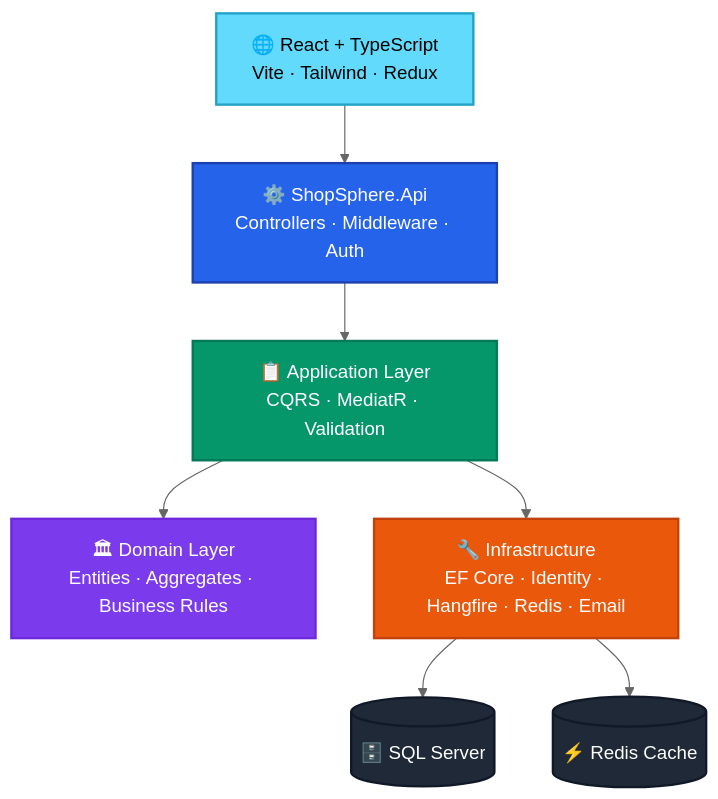
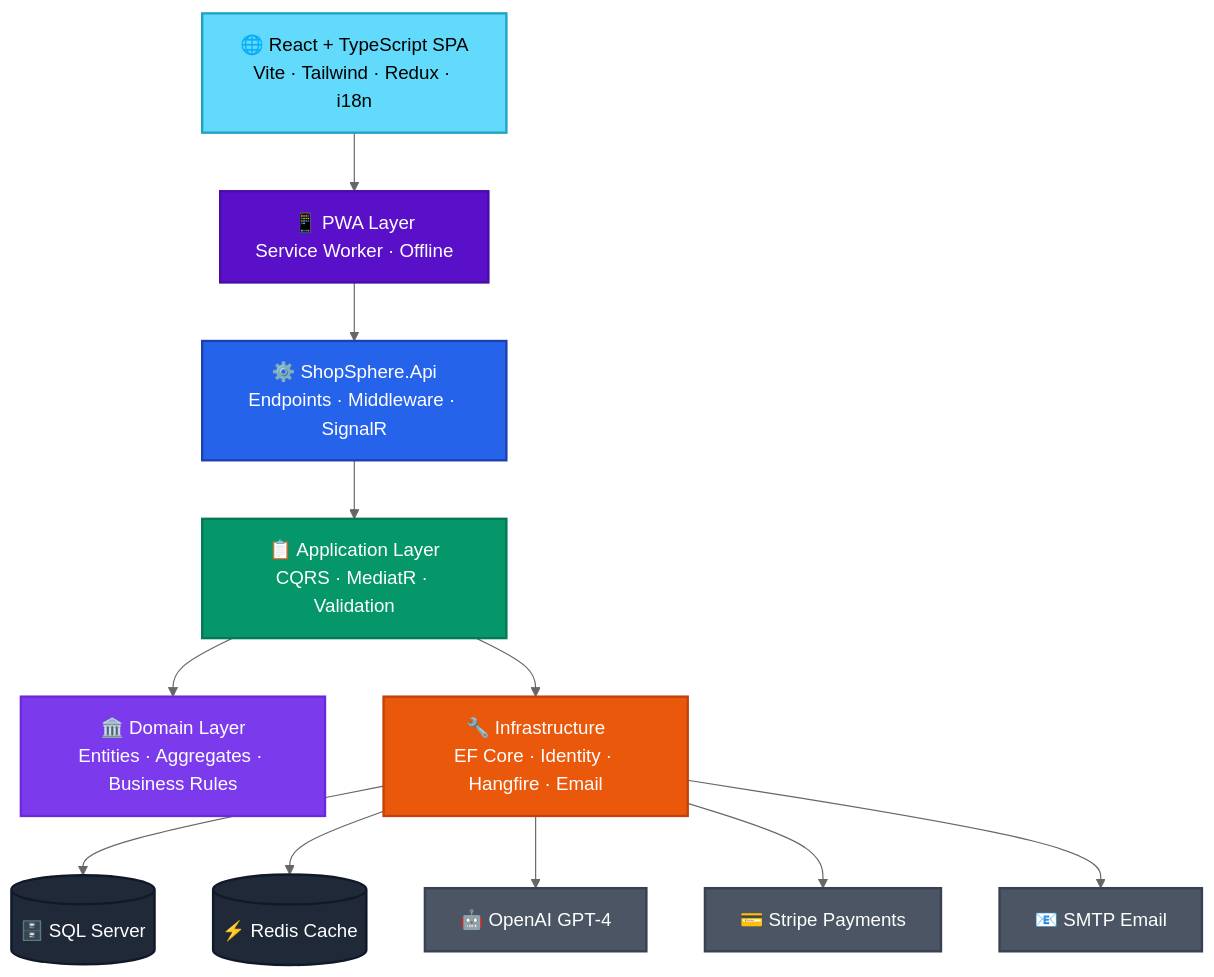
One commit to chintanchhapgar/ShopSphere changed the first of 2 diagrams in README.md. Above: the diagram before and after it, drawn with Mermaid (neutral theme). The commit also changed other lines of this file and 19 other files, not shown here.

````diff
--- a/README.md
+++ b/README.md
@@ -148,31 +190,43 @@
 ```mermaid
 flowchart TD
-    Client["🌐 React + TypeScript\nVite · Tailwind · Redux"]
-    API["⚙️ ShopSphere.Api\nControllers · Middleware · Auth"]
-    APP["📋 Application Layer\nCQRS · MediatR · Validation"]
-    DOMAIN["🏛 Domain Layer\nEntities · Aggregates · Business Rules"]
-    INFRA["🔧 Infrastructure\nEF Core · Identity · Hangfire · Redis · Email"]
+    Client["🌐 React + TypeScript SPA<br/>Vite · Tailwind · Redux · i18n"]
+    PWA["📱 PWA Layer<br/>Service Worker · Offline"]
+    API["⚙️ ShopSphere.Api<br/>Endpoints · Middleware · SignalR"]
+    APP["📋 Application Layer<br/>CQRS · MediatR · Validation"]
+    DOMAIN["🏛️ Domain Layer<br/>Entities · Aggregates · Business Rules"]
+    INFRA["🔧 Infrastructure<br/>EF Core · Identity · Hangfire · Email"]
     DB[("🗄️ SQL Server")]
     REDIS[("⚡ Redis Cache")]
+    OPENAI["🤖 OpenAI GPT-4"]
+    STRIPE["💳 Stripe Payments"]
+    EMAIL["📧 SMTP Email"]
 
-    Client --> API
+    Client --> PWA
+    PWA --> API
     API --> APP
     APP --> DOMAIN
     APP --> INFRA
     INFRA --> DB
     INFRA --> REDIS
+    INFRA --> OPENAI
+    INFRA --> STRIPE
+    INFRA --> EMAIL
 
     classDef frontend fill:#61DAFB,color:#000000,stroke:#21A1C4,stroke-width:2px
+    classDef pwa fill:#5A0FC8,color:#ffffff,stroke:#4A0CA8,stroke-width:2px
     classDef api fill:#2563EB,color:#ffffff,stroke:#1E40AF,stroke-width:2px
     classDef app fill:#059669,color:#ffffff,stroke:#047857,stroke-width:2px
     classDef domain fill:#7C3AED,color:#ffffff,stroke:#6D28D9,stroke-width:2px
     classDef infra fill:#EA580C,color:#ffffff,stroke:#C2410C,stroke-width:2px
     classDef db fill:#1F2937,color:#ffffff,stroke:#111827,stroke-width:2px
+    classDef ext fill:#4B5563,color:#ffffff,stroke:#374151,stroke-width:2px
 
     class Client frontend
+    class PWA pwa
     class API api
     class APP app
     class DOMAIN domain
     class INFRA infra
     class DB,REDIS db
+    class OPENAI,STRIPE,EMAIL ext
 ```
````
